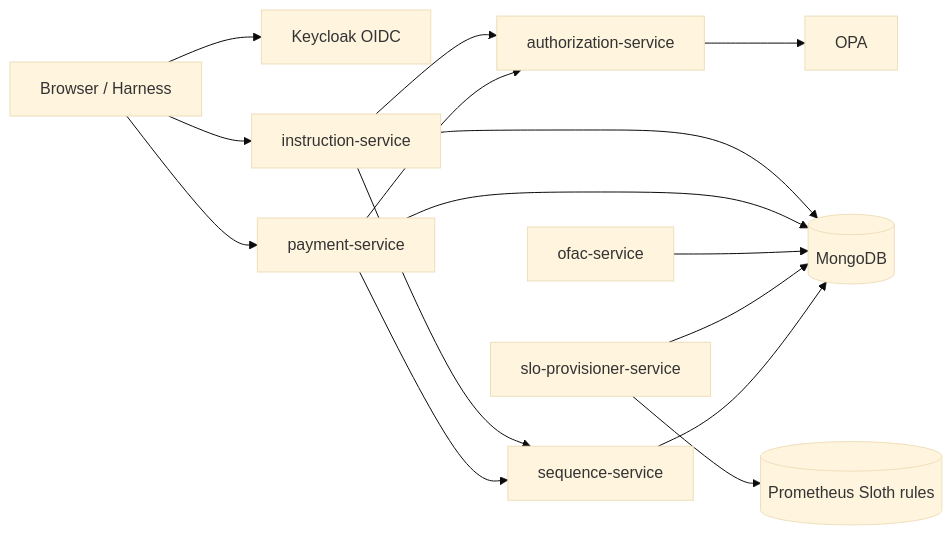
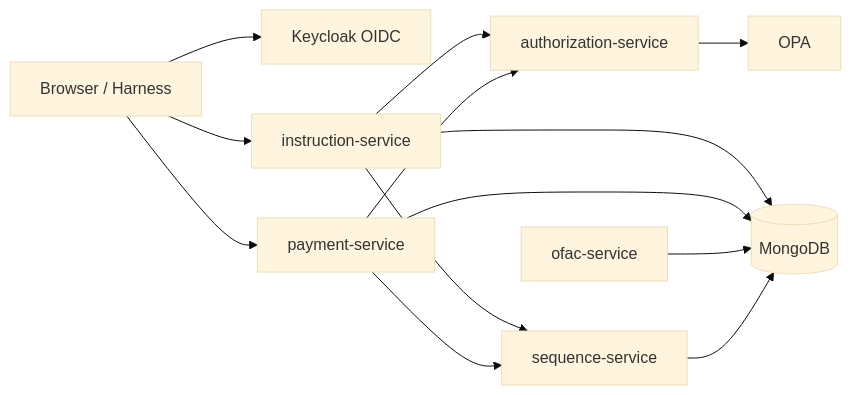
One commit to sanjuthomas/observability-mesh changed the first of 3 diagrams in README.md. Above: the diagram before and after it, drawn with Mermaid (base theme). The commit also changed other lines of this file and 42 other files, not shown here.

First line of the commit message:
Add slo-author-service and GitHub Actions CI.

````diff
--- a/README.md
+++ b/README.md
@@ -23,17 +23,15 @@
 ```mermaid
 flowchart LR
     User[Browser / Harness] --> Keycloak[Keycloak OIDC]
     User --> Inst[instruction-service]
     User --> Pay[payment-service]
     Inst --> Authz[authorization-service]
     Pay --> Authz
     Authz --> OPA[OPA]
     Inst --> Mongo[(MongoDB)]
     Pay --> Mongo
     OFAC[ofac-service] --> Mongo
-    SLOProv[slo-provisioner-service] --> Mongo
-    SLOProv --> PromRules[(Prometheus Sloth rules)]
     Seq[sequence-service] --> Mongo
     Inst --> Seq
     Pay --> Seq
 ```
````
